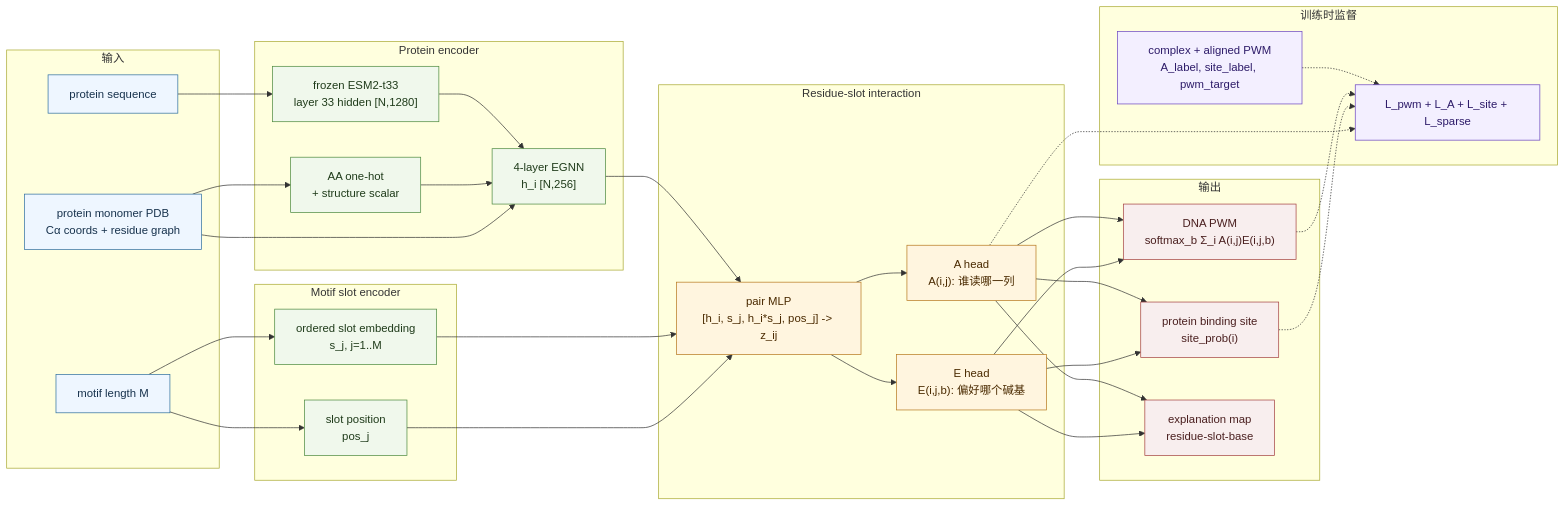
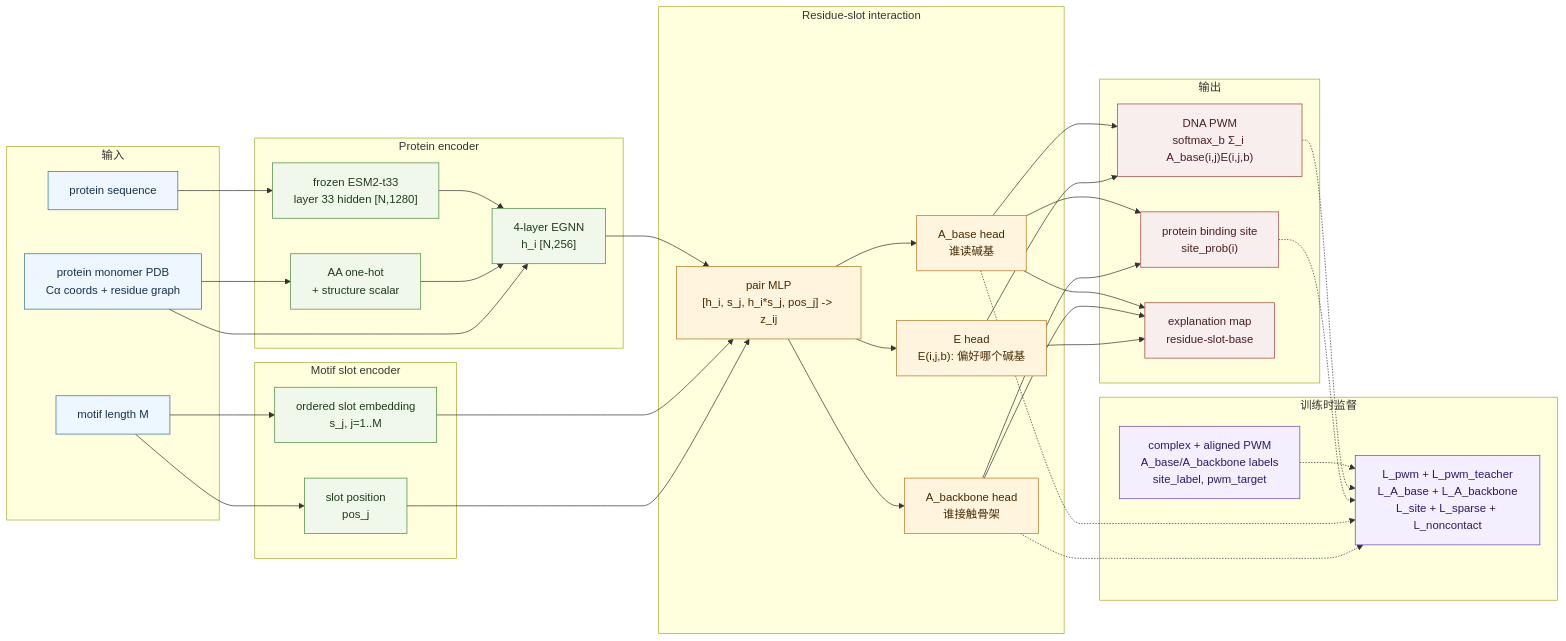
The diagram in docs/idea_from_prior_work.md (yibanshanzhu/residue-base-energy), drawn with Mermaid before and after one commit. The commit also changed other lines of this file and 13 other files, not shown here.

Commit message:
Split base and backbone contact heads

````diff
--- a/docs/idea_from_prior_work.md
+++ b/docs/idea_from_prior_work.md
@@ -368,69 +381,73 @@
 ```mermaid
 flowchart LR
   subgraph Input["输入"]
     PDB["protein monomer PDB<br/>Cα coords + residue graph"]
     Seq["protein sequence"]
     MotifLen["motif length M"]
   end
 
   subgraph ProteinEncoder["Protein encoder"]
     ESM["frozen ESM2-t33<br/>layer 33 hidden [N,1280]"]
     NodeFeat["AA one-hot<br/>+ structure scalar"]
     EGNN["4-layer EGNN<br/>h_i [N,256]"]
   end
 
   subgraph SlotEncoder["Motif slot encoder"]
     Slot["ordered slot embedding<br/>s_j, j=1..M"]
     Pos["slot position<br/>pos_j"]
   end
 
   subgraph PairBlock["Residue-slot interaction"]
     PairMLP["pair MLP<br/>[h_i, s_j, h_i*s_j, pos_j] -> z_ij"]
-    Ahead["A head<br/>A(i,j): 谁读哪一列"]
+    Ahead["A_base head<br/>谁读碱基"]
+    Bhead["A_backbone head<br/>谁接触骨架"]
     Ehead["E head<br/>E(i,j,b): 偏好哪个碱基"]
   end
 
   subgraph Readout["输出"]
-    PWM["DNA PWM<br/>softmax_b Σ_i A(i,j)E(i,j,b)"]
+    PWM["DNA PWM<br/>softmax_b Σ_i A_base(i,j)E(i,j,b)"]
     Site["protein binding site<br/>site_prob(i)"]
     Map["explanation map<br/>residue-slot-base"]
   end
 
   subgraph TrainOnly["训练时监督"]
-    Labels["complex + aligned PWM<br/>A_label, site_label, pwm_target"]
-    Loss["L_pwm + L_A + L_site + L_sparse"]
+    Labels["complex + aligned PWM<br/>A_base/A_backbone labels<br/>site_label, pwm_target"]
+    Loss["L_pwm + L_pwm_teacher<br/>L_A_base + L_A_backbone<br/>L_site + L_sparse + L_noncontact"]
   end
 
   Seq --> ESM --> EGNN
   PDB --> NodeFeat --> EGNN
   PDB --> EGNN
   MotifLen --> Slot
   MotifLen --> Pos
   EGNN --> PairMLP
   Slot --> PairMLP
   Pos --> PairMLP
   PairMLP --> Ahead
+  PairMLP --> Bhead
   PairMLP --> Ehead
   Ahead --> PWM
   Ehead --> PWM
   Ahead --> Site
-  Ehead --> Site
+  Bhead --> Site
   Ahead --> Map
+  Bhead --> Map
   Ehead --> Map
   Labels -.-> Loss
   PWM -.-> Loss
   Site -.-> Loss
   Ahead -.-> Loss
+  Bhead -.-> Loss
 
   classDef input fill:#eef6ff,stroke:#2f6f9f,stroke-width:1px,color:#17324d;
   classDef encoder fill:#f0f8ec,stroke:#4d8a3f,stroke-width:1px,color:#1f3b1a;
   classDef pair fill:#fff5df,stroke:#b7791f,stroke-width:1px,color:#4a2a00;
   classDef output fill:#f8eeee,stroke:#a54242,stroke-width:1px,color:#4a1f1f;
   classDef train fill:#f3efff,stroke:#6b46c1,stroke-width:1px,color:#2d1b69;
 
   class PDB,Seq,MotifLen input;
   class ESM,NodeFeat,EGNN,Slot,Pos encoder;
-  class PairMLP,Ahead,Ehead pair;
+  class PairMLP,Ahead,Bhead,Ehead pair;
   class PWM,Site,Map output;
   class Labels,Loss train;
 ```
````
